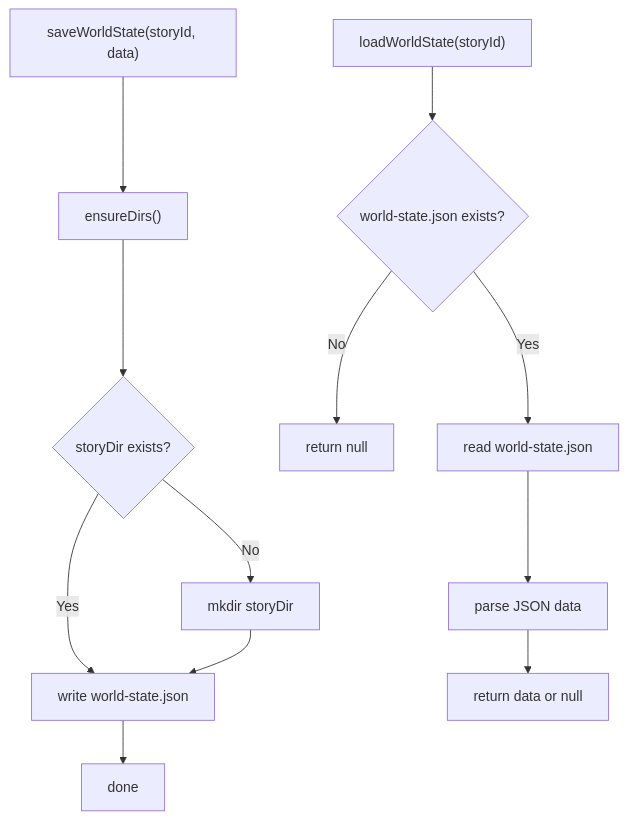
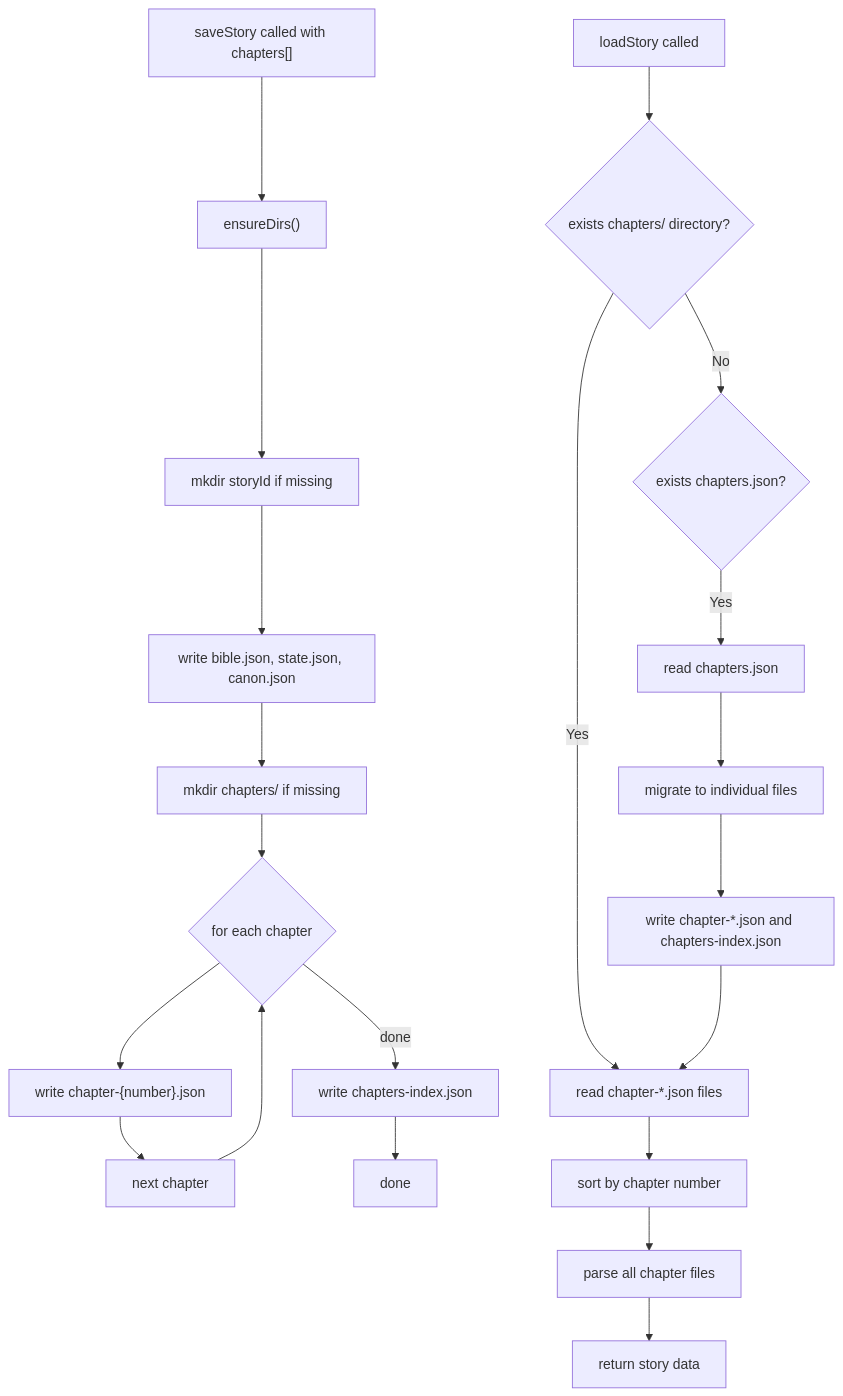
One commit to liwonder/NARRITIVE_OS changed the eighth of 9 diagrams in .qoder/repowiki/en/content/Story Management System/Local Storage & Persistence.md. Above: the diagram before and after it, drawn with Mermaid. The commit also changed other lines of this file and 15 other files, not shown here.

````diff
--- a/.qoder/repowiki/en/content/Story Management System/Local Storage & Persistence.md
+++ b/.qoder/repowiki/en/content/Story Management System/Local Storage & Persistence.md
@@ -716,14 +778,23 @@
 ```mermaid
 flowchart TD
-SaveWorld["saveWorldState(storyId, data)"] --> Ensure["ensureDirs()"]
-Ensure --> CheckDir{"storyDir exists?"}
-CheckDir --> |No| CreateDir["mkdir storyDir"]
-CheckDir --> |Yes| WriteFile["write world-state.json"]
-CreateDir --> WriteFile
-WriteFile --> Success["done"]
-LoadWorld["loadWorldState(storyId)"] --> CheckExists{"world-state.json exists?"}
-CheckExists --> |No| ReturnNull["return null"]
-CheckExists --> |Yes| ReadFile["read world-state.json"]
-ReadFile --> ParseData["parse JSON data"]
-ParseData --> ReturnData["return data or null"]
+SaveChapter["saveStory called with chapters[]"] --> EnsureDirs["ensureDirs()"]
+EnsureDirs --> MakeStoryDir["mkdir storyId if missing"]
+MakeStoryDir --> WriteMetadata["write bible.json, state.json, canon.json"]
+WriteMetadata --> MakeChaptersDir["mkdir chapters/ if missing"]
+MakeChaptersDir --> ForEach{"for each chapter"}
+ForEach --> WriteChapter["write chapter-{number}.json"]
+WriteChapter --> NextChapter["next chapter"]
+NextChapter --> ForEach
+ForEach --> |done| WriteIndex["write chapters-index.json"]
+WriteIndex --> Done["done"]
+LoadChapter["loadStory called"] --> CheckChaptersDir{"exists chapters/ directory?"}
+CheckChaptersDir --> |Yes| ReadIndividual["read chapter-*.json files"]
+CheckChaptersDir --> |No| CheckOldFormat{"exists chapters.json?"}
+CheckOldFormat --> |Yes| ReadOld["read chapters.json"]
+ReadOld --> Migrate["migrate to individual files"]
+Migrate --> WriteNew["write chapter-*.json and chapters-index.json"]
+WriteNew --> ReadIndividual
+ReadIndividual --> SortFiles["sort by chapter number"]
+SortFiles --> ParseChapters["parse all chapter files"]
+ParseChapters --> ReturnData["return story data"]
 ```
````
